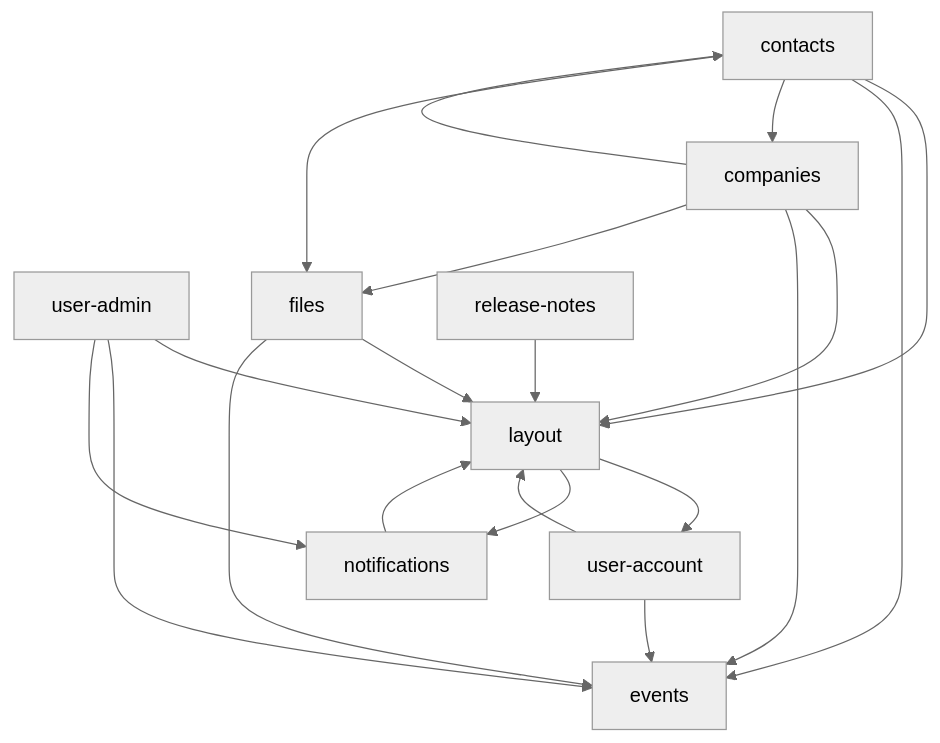
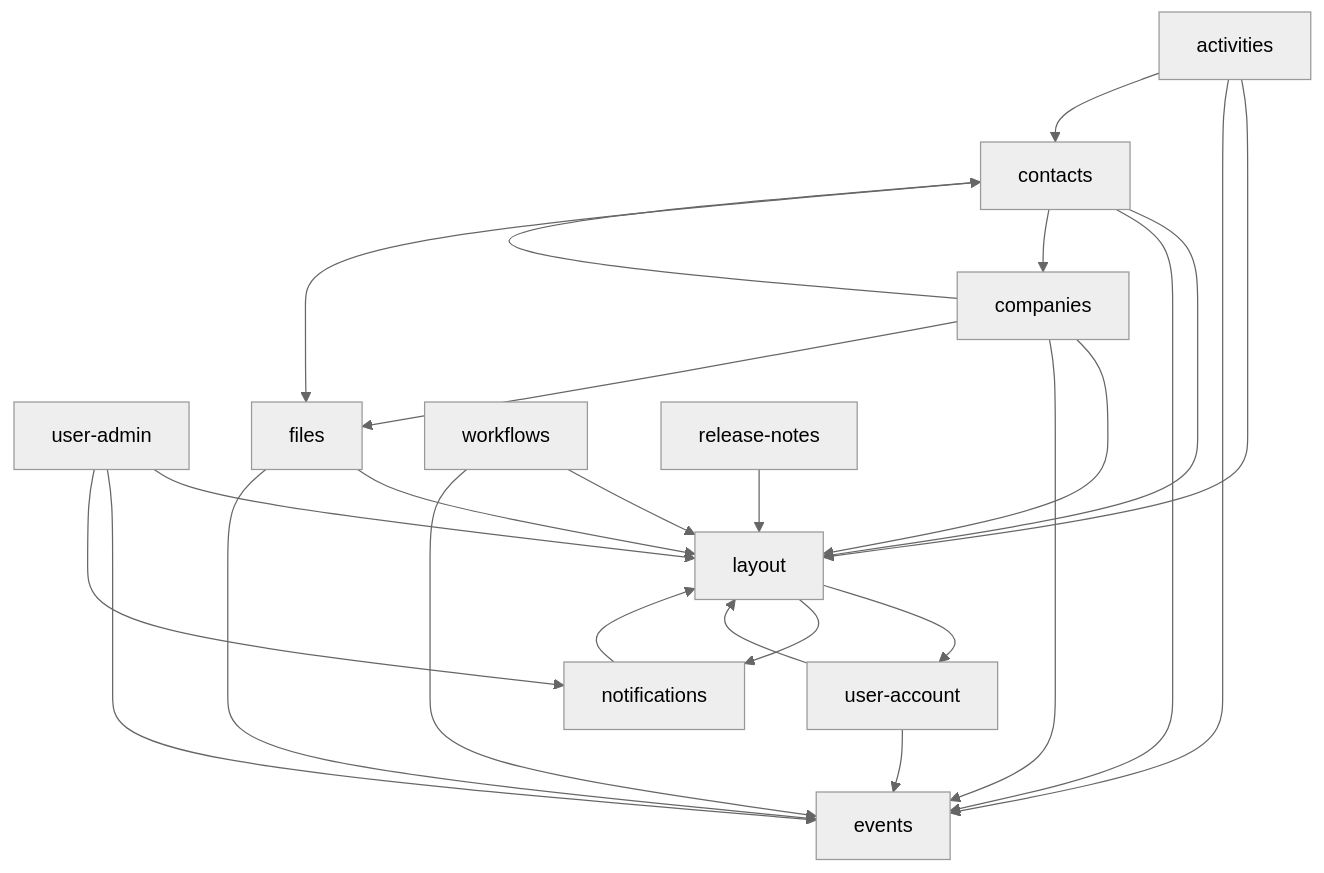
One commit to lowdefy/modules-mongodb changed the diagram in README.md. Above: the diagram before and after it, drawn with Mermaid (neutral theme). The commit also changed other lines of this file and 2 other files, not shown here.

````diff
--- a/README.md
+++ b/README.md
@@ -25,23 +27,28 @@
 ```mermaid
 graph TD
   layout --> user-account
   layout --> notifications
   user-account --> layout
   user-account --> events
   user-admin --> layout
   user-admin --> events
   user-admin --> notifications
   notifications --> layout
   contacts --> layout
   contacts --> events
   contacts --> companies
   contacts --> files
   companies --> layout
   companies --> events
   companies --> contacts
   companies --> files
   files --> layout
   files --> events
+  activities --> layout
+  activities --> events
+  activities --> contacts
+  workflows --> layout
+  workflows --> events
   release-notes --> layout
   events
 ```
````
